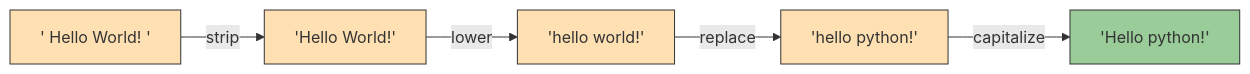
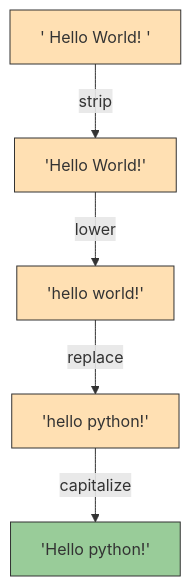
Before and after one commit to SonaniAkshit/python-foundation: the first of 2 diagrams in 02.Strings & Collections/Notes/03.String Methods.md, drawn with Mermaid.

Commit message:
Fix Mermaid string diagram orientation for proper rendering
Corrected the Mermaid diagram syntax by changing the graph direction to ensure proper rendering.
Improved the visualization of string indexing without altering the educational content.
Enhanced diagram compatibility with Markdown viewers and GitHub rendering.
Refined the documentation for a clearer learning experience in the Python Strings module.

````diff
--- a/02.Strings & Collections/Notes/03.String Methods.md
+++ b/02.Strings & Collections/Notes/03.String Methods.md
@@ -56,12 +56,12 @@
 ```mermaid
-graph LR
+graph TB
     A["'  Hello World!  '"] -->|strip| B["'Hello World!'"]
     B -->|lower| C["'hello world!'"]
     C -->|replace| D["'hello python!'"]
     D -->|capitalize| E["'Hello python!'"]
     style A fill:#ffe0b3,stroke:#333
     style B fill:#ffe0b3,stroke:#333
     style C fill:#ffe0b3,stroke:#333
     style D fill:#ffe0b3,stroke:#333
     style E fill:#99cc99,stroke:#333
 ```
````
